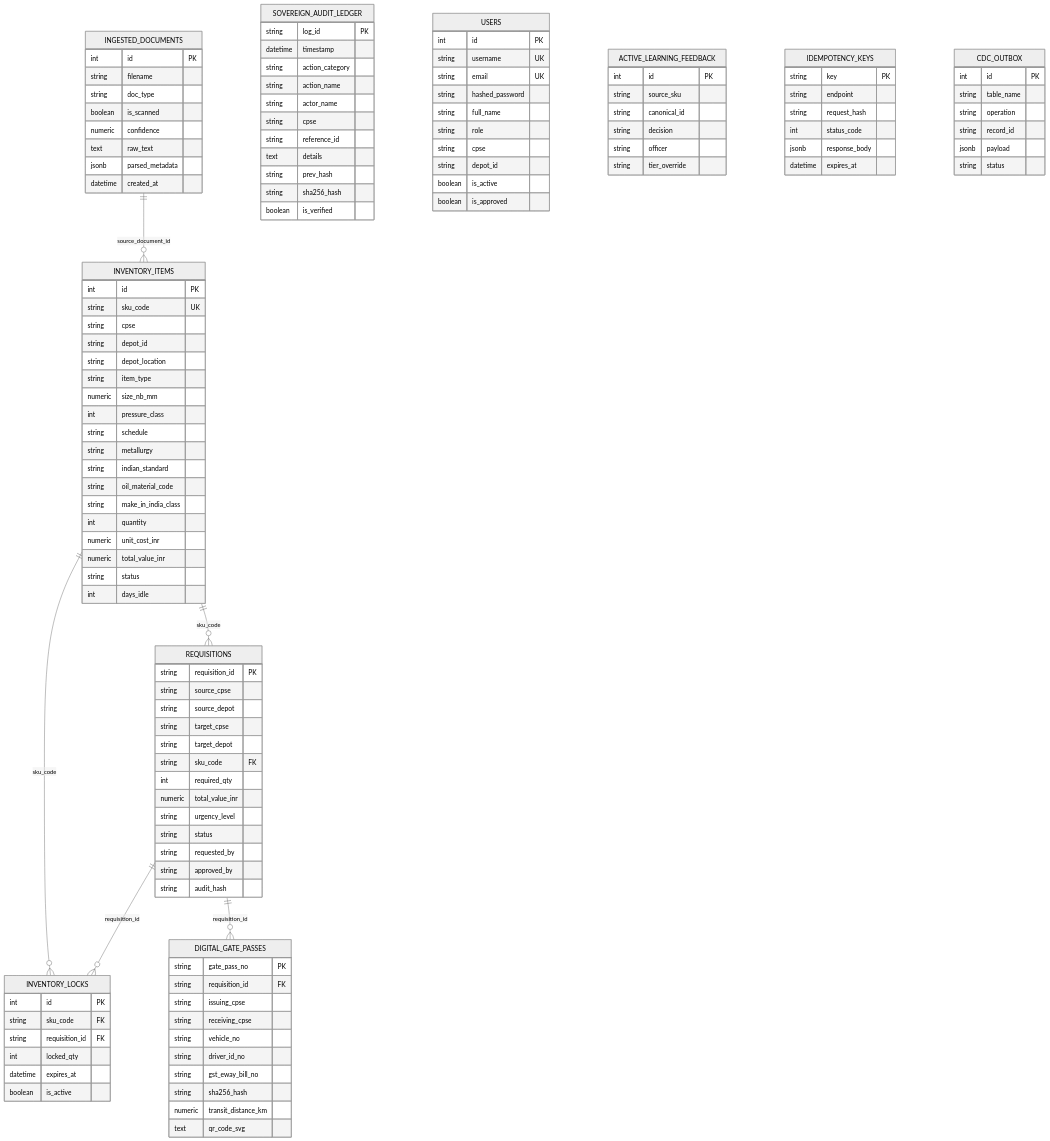
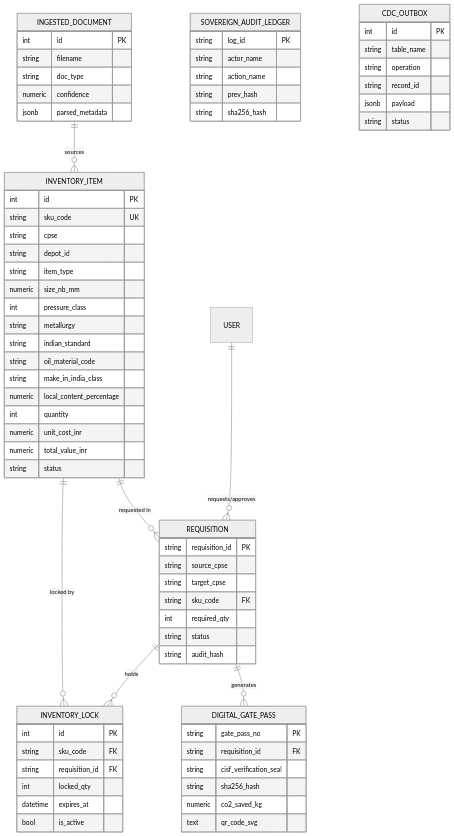
The diagram in backend/app/models/README.md (Gesicht436/Samanvay-AI), drawn with Mermaid (neutral theme) before and after one commit. The commit also changed other lines of this file and 25 other files, not shown here.

````diff
--- a/backend/app/models/README.md
+++ b/backend/app/models/README.md
@@ -9,124 +9,73 @@
 ```mermaid
 erDiagram
-    INGESTED_DOCUMENTS ||--o{ INVENTORY_ITEMS : "source_document_id"
-    INVENTORY_ITEMS ||--o{ REQUISITIONS : "sku_code"
-    INVENTORY_ITEMS ||--o{ INVENTORY_LOCKS : "sku_code"
-    REQUISITIONS ||--o{ INVENTORY_LOCKS : "requisition_id"
-    REQUISITIONS ||--o{ DIGITAL_GATE_PASSES : "requisition_id"
+    INGESTED_DOCUMENT ||--o{ INVENTORY_ITEM : "sources"
+    INVENTORY_ITEM ||--o{ INVENTORY_LOCK : "locked by"
+    REQUISITION ||--o{ INVENTORY_LOCK : "holds"
+    REQUISITION ||--o{ DIGITAL_GATE_PASS : "generates"
+    INVENTORY_ITEM ||--o{ REQUISITION : "requested in"
+    USER ||--o{ REQUISITION : "requests/approves"
 
-    INGESTED_DOCUMENTS {
+    INGESTED_DOCUMENT {
         int id PK
         string filename
         string doc_type
-        boolean is_scanned
         numeric confidence
-        text raw_text
         jsonb parsed_metadata
-        datetime created_at
     }
 
-    INVENTORY_ITEMS {
+    INVENTORY_ITEM {
         int id PK
         string sku_code UK
         string cpse
         string depot_id
-        string depot_location
         string item_type
         numeric size_nb_mm
         int pressure_class
-        string schedule
         string metallurgy
         string indian_standard
         string oil_material_code
         string make_in_india_class
+        numeric local_content_percentage
         int quantity
         numeric unit_cost_inr
         numeric total_value_inr
         string status
-        int days_idle
     }
 
-    REQUISITIONS {
+    REQUISITION {
         string requisition_id PK
         string source_cpse
-        string source_depot
         string target_cpse
-        string target_depot
         string sku_code FK
         int required_qty
-        numeric total_value_inr
-        string urgency_level
         string status
-        string requested_by
-        string approved_by
         string audit_hash
     }
 
-    INVENTORY_LOCKS {
+    INVENTORY_LOCK {
         int id PK
         string sku_code FK
         string requisition_id FK
         int locked_qty
         datetime expires_at
-        boolean is_active
+        bool is_active
     }
 
-    DIGITAL_GATE_PASSES {
+    DIGITAL_GATE_PASS {
         string gate_pass_no PK
         string requisition_id FK
-        string issuing_cpse
-        string receiving_cpse
-        string vehicle_no
-        string driver_id_no
-        string gst_eway_bill_no
+        string cisf_verification_seal
         string sha256_hash
-        numeric transit_distance_km
+        numeric co2_saved_kg
         text qr_code_svg
     }
 
     SOVEREIGN_AUDIT_LEDGER {
         string log_id PK
-        datetime timestamp
-        string action_category
+        string actor_name
         string action_name
-        string actor_name
-        string cpse
-        string reference_id
-        text details
         string prev_hash
         string sha256_hash
-        boolean is_verified
-    }
-
-    USERS {
-        int id PK
-        string username UK
-        string email UK
-        string hashed_password
-        string full_name
-        string role
-        string cpse
-        string depot_id
-        boolean is_active
-        boolean is_approved
-    }
-
-    ACTIVE_LEARNING_FEEDBACK {
-        int id PK
-        string source_sku
-        string canonical_id
-        string decision
-        string officer
-        string tier_override
-    }
-
-    IDEMPOTENCY_KEYS {
-        string key PK
-        string endpoint
-        string request_hash
-        int status_code
-        jsonb response_body
-        datetime expires_at
     }
 
     CDC_OUTBOX {
````
